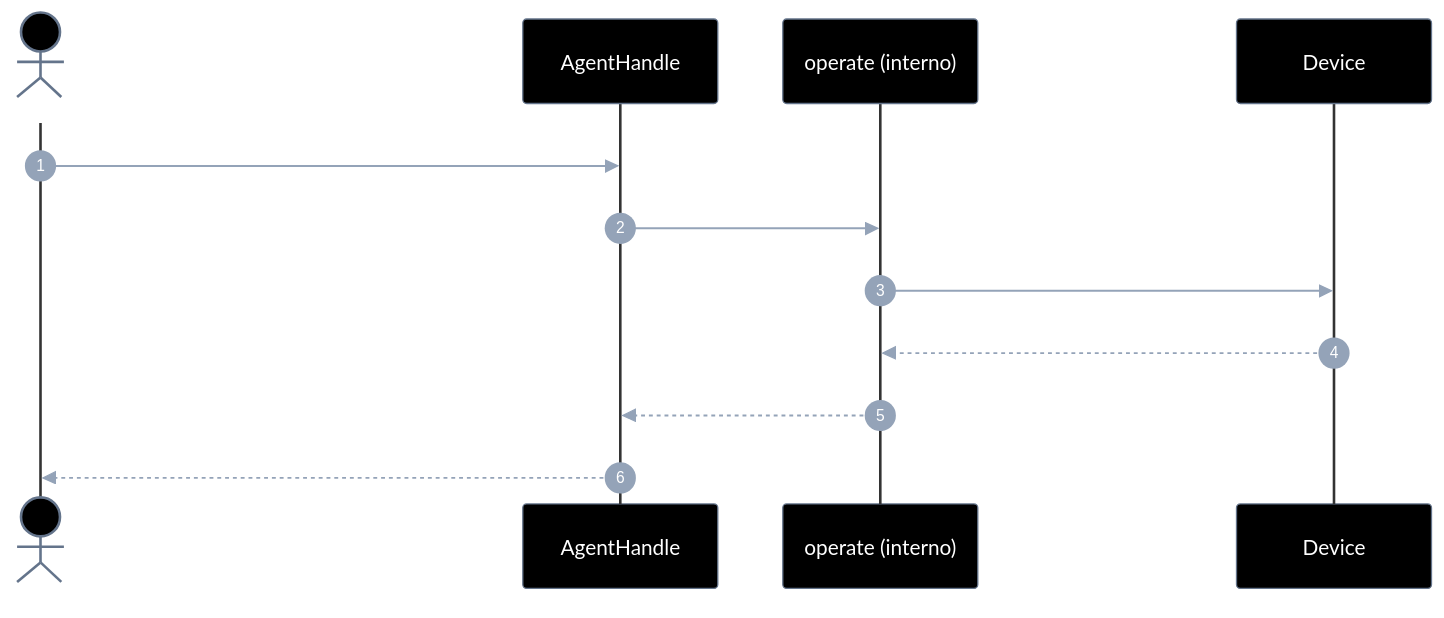
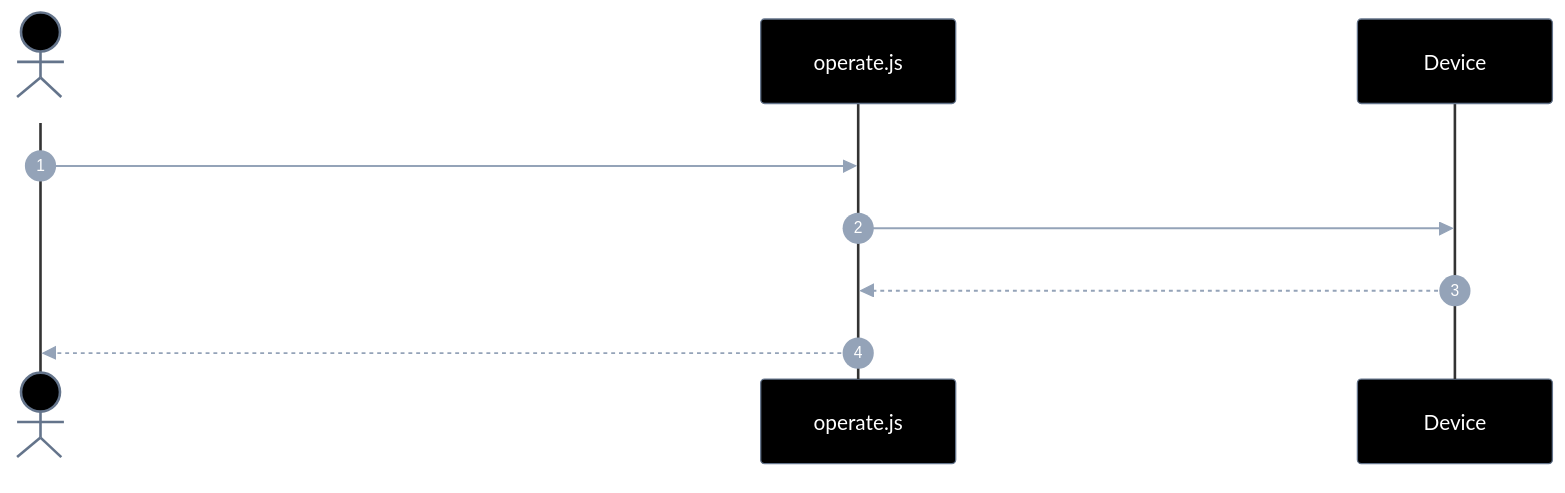
One commit to laerciogermano/workstation changed the first of 2 diagrams in screen-robot/implementation-plan/EP-04-operar-tela.md. Above: the diagram before and after it, drawn with Mermaid. The commit also changed other lines of this file and 49 other files, not shown here.

````diff
--- a/screen-robot/implementation-plan/EP-04-operar-tela.md
+++ b/screen-robot/implementation-plan/EP-04-operar-tela.md
@@ -120,55 +121,52 @@
 ```mermaid
 ---
 config:
   theme: base
   themeVariables:
     darkMode: true
     background: '#000000'
     primaryColor: '#000000'
     primaryTextColor: '#ffffff'
     primaryBorderColor: '#64748b'
     secondaryColor: '#000000'
     secondaryTextColor: '#ffffff'
     secondaryBorderColor: '#64748b'
     tertiaryColor: '#000000'
     tertiaryTextColor: '#ffffff'
     tertiaryBorderColor: '#64748b'
     lineColor: '#64748b'
     textColor: '#ffffff'
     mainBkg: '#000000'
     nodeBorder: '#64748b'
     clusterBkg: '#000000'
     clusterBorder: '#333333'
     titleColor: '#ffffff'
     edgeLabelBackground: '#000000'
     actorBkg: '#000000'
     actorBorder: '#64748b'
     actorTextColor: '#ffffff'
     actorLineColor: '#333333'
     signalColor: '#94a3b8'
     signalTextColor: '#ffffff'
     labelBoxBkgColor: '#000000'
     labelBoxBorderColor: '#64748b'
     labelTextColor: '#ffffff'
     noteBorderColor: '#64748b'
     noteBkgColor: '#111111'
     noteTextColor: '#ffffff'
     activationBorderColor: '#64748b'
     activationBkgColor: '#1a1a1a'
     sequenceNumberColor: '#ffffff'
     classText: '#ffffff'
 ---
 sequenceDiagram
   autonumber
   actor Dev as Caller
-  participant H as AgentHandle
-  participant O as operate (interno)
+  participant O as operate.js
   participant D as Device
 
-  Dev->>H: launch / tap / type / scroll / screenshot / matchImage
-  H->>O: (serial do handle)
-  O->>D: adb shell / capturar frame / match visão
-  D-->>O: ok / path / coords
-  O-->>H: resultado
-  H-->>Dev: void | path | { x, y, confidence }
+  Dev->>O: launch / tap / type / scroll / screenshot / matchImage / openScrcpy ({ serial, … })
+  O->>D: adb shell / capturar frame / match visão / spawn scrcpy
+  D-->>O: ok / path / coords / pid
+  O-->>Dev: void | path | { x, y, confidence } | { pid, serial }
 ```
````
